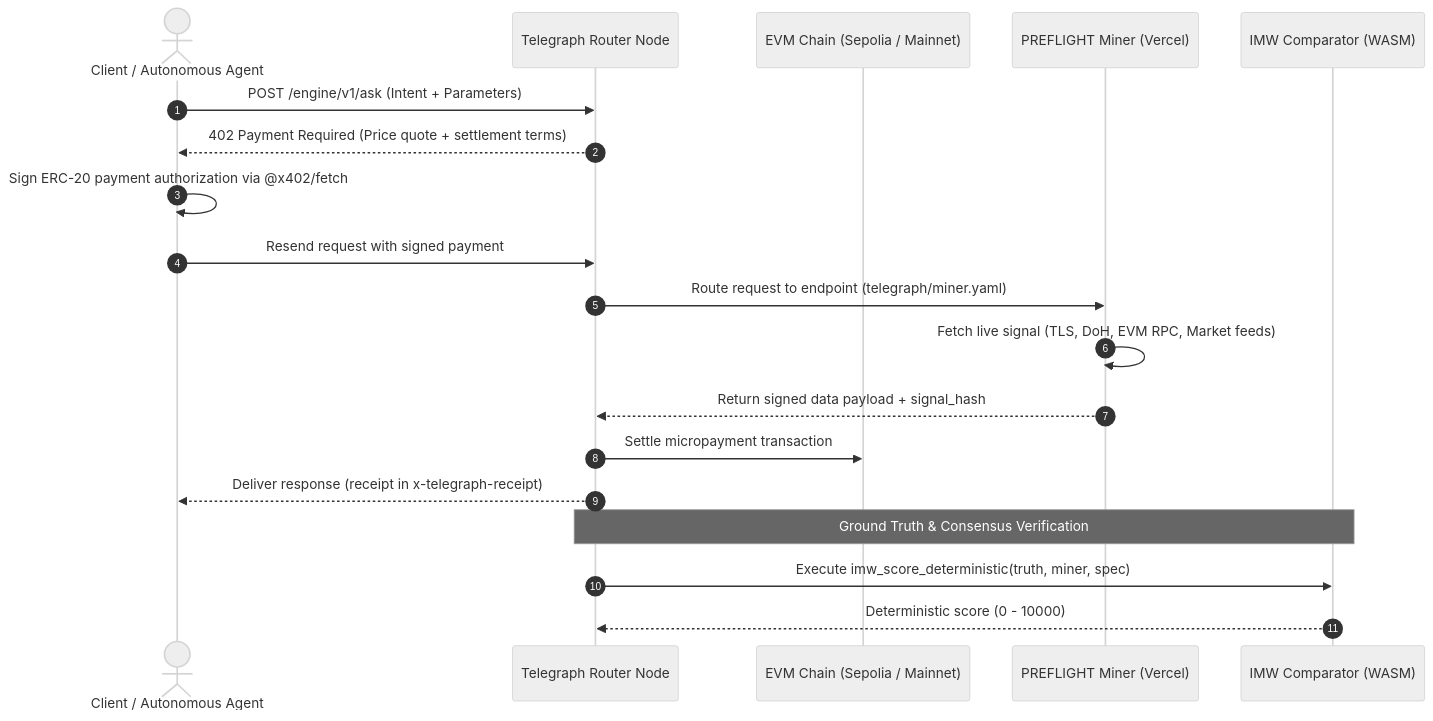
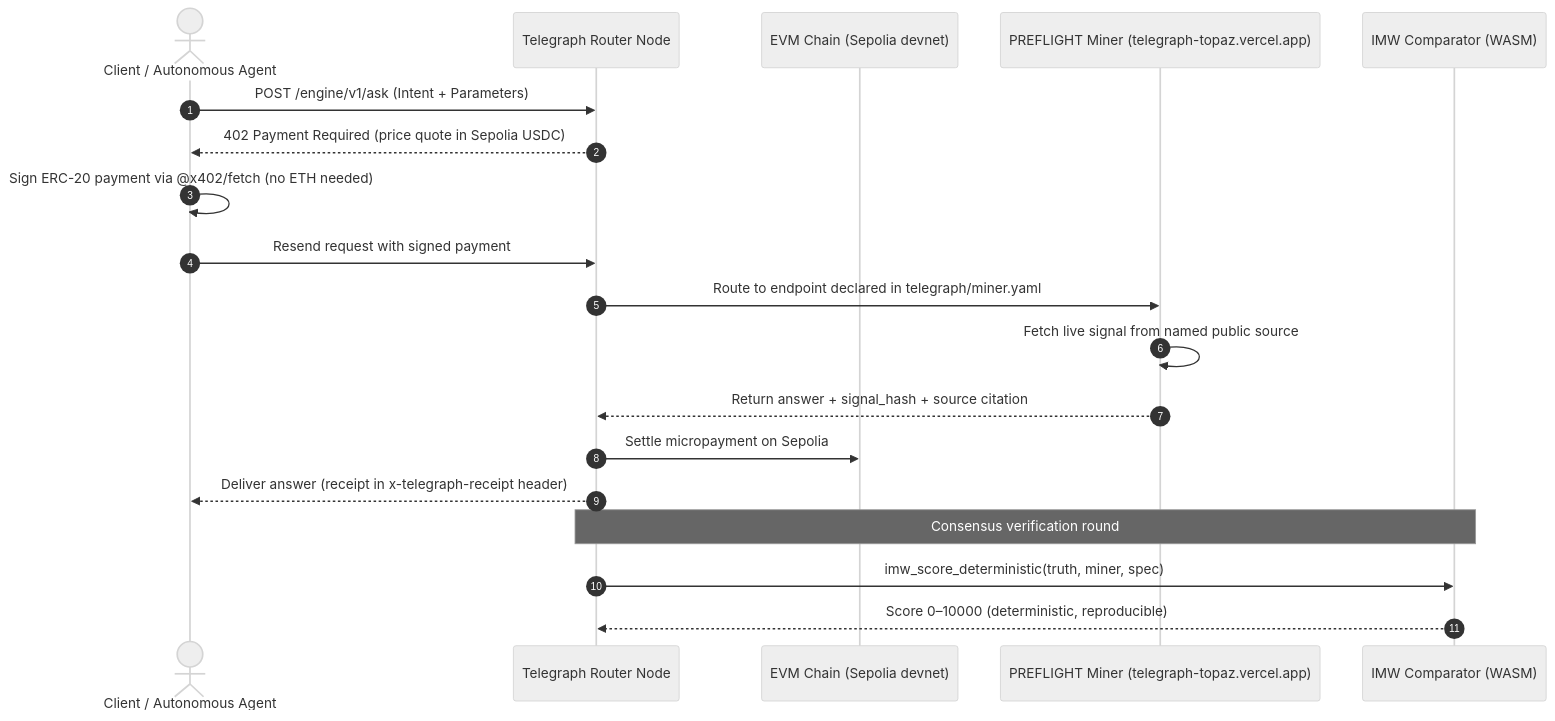
Before and after one commit to shreshth006/preflight-miner-config: the diagram in README.md, drawn with Mermaid (neutral theme). The commit also changed other lines of this file, not shown here.

Commit message:
docs: align architecture overview with registration 6214 and telegraph-topaz.vercel.app

````diff
--- a/README.md
+++ b/README.md
@@ -75,22 +78,22 @@
 ```mermaid
 sequenceDiagram
     autonumber
     actor Buyer as Client / Autonomous Agent
     participant Node as Telegraph Router Node
-    participant Chain as EVM Chain (Sepolia / Mainnet)
-    participant Miner as PREFLIGHT Miner (Vercel)
+    participant Chain as EVM Chain (Sepolia devnet)
+    participant Miner as PREFLIGHT Miner (telegraph-topaz.vercel.app)
     participant Wasm as IMW Comparator (WASM)
 
     Buyer->>Node: POST /engine/v1/ask (Intent + Parameters)
-    Node-->>Buyer: 402 Payment Required (Price quote + settlement terms)
-    Buyer->>Buyer: Sign ERC-20 payment authorization via @x402/fetch
+    Node-->>Buyer: 402 Payment Required (price quote in Sepolia USDC)
+    Buyer->>Buyer: Sign ERC-20 payment via @x402/fetch (no ETH needed)
     Buyer->>Node: Resend request with signed payment
-    Node->>Miner: Route request to endpoint (telegraph/miner.yaml)
-    Miner->>Miner: Fetch live signal (TLS, DoH, EVM RPC, Market feeds)
-    Miner-->>Node: Return signed data payload + signal_hash
-    Node->>Chain: Settle micropayment transaction
-    Node-->>Buyer: Deliver response (receipt in x-telegraph-receipt)
-    Note over Node,Wasm: Ground Truth & Consensus Verification
-    Node->>Wasm: Execute imw_score_deterministic(truth, miner, spec)
-    Wasm-->>Node: Deterministic score (0 - 10000)
+    Node->>Miner: Route to endpoint declared in telegraph/miner.yaml
+    Miner->>Miner: Fetch live signal from named public source
+    Miner-->>Node: Return answer + signal_hash + source citation
+    Node->>Chain: Settle micropayment on Sepolia
+    Node-->>Buyer: Deliver answer (receipt in x-telegraph-receipt header)
+    Note over Node,Wasm: Consensus verification round
+    Node->>Wasm: imw_score_deterministic(truth, miner, spec)
+    Wasm-->>Node: Score 0–10000 (deterministic, reproducible)
 ```
````
